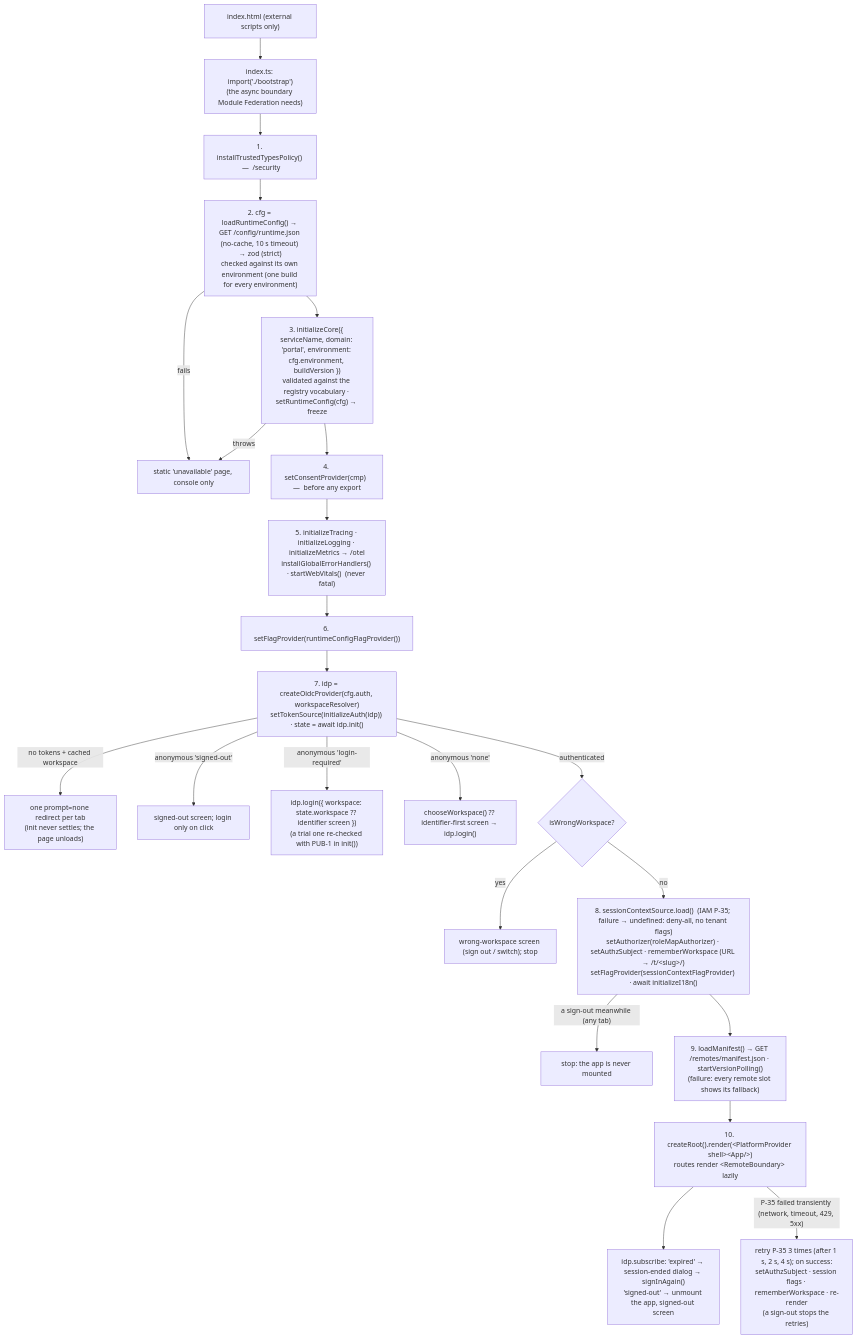
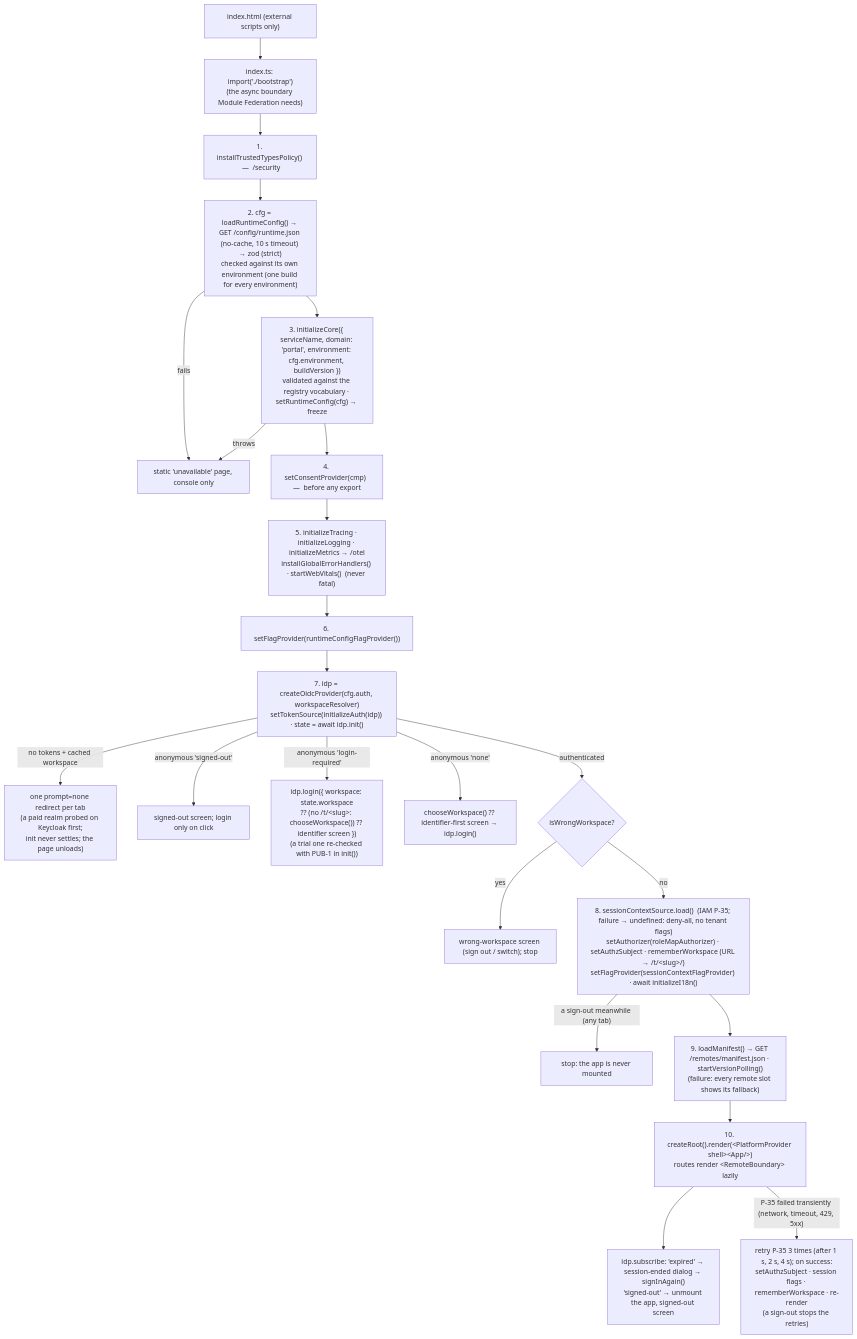
Before and after one commit to BCBP-SOLUTIONS-FZC-LLC/platform-reactcommon: the diagram in docs/architecture/mermaid/shell-bootstrap.mmd, drawn with Mermaid. The commit also changed 22 other files, not shown here.

First line of the commit message:
feat(auth): re-check a saved paid workspace whose realm is gone; signInAgain prompt (#67)

```diff
--- a/docs/architecture/mermaid/shell-bootstrap.mmd
+++ b/docs/architecture/mermaid/shell-bootstrap.mmd
@@ -1,23 +1,23 @@
 flowchart TD
     html["index.html (external scripts only)"] --> idx["index.ts: import('./bootstrap')<br/>(the async boundary Module Federation needs)"]
     idx --> tt["1. installTrustedTypesPolicy()  —  /security"]
     tt --> cfg["2. cfg = loadRuntimeConfig() → GET /config/runtime.json (no-cache, 10 s timeout) → zod (strict)<br/>checked against its own environment (one build for every environment)"]
     cfg -->|fails| fatal["static 'unavailable' page, console only"]
     cfg --> core["3. initializeCore({ serviceName, domain: 'portal', environment: cfg.environment, buildVersion })<br/>validated against the registry vocabulary · setRuntimeConfig(cfg) → freeze"]
     core -->|throws| fatal
     core --> consent["4. setConsentProvider(cmp)  —  before any export"]
     consent --> tel["5. initializeTracing · initializeLogging · initializeMetrics → /otel<br/>installGlobalErrorHandlers() · startWebVitals()  (never fatal)"]
     tel --> flags["6. setFlagProvider(runtimeConfigFlagProvider())"]
     flags --> auth["7. idp = createOidcProvider(cfg.auth, workspaceResolver)<br/>setTokenSource(initializeAuth(idp)) · state = await idp.init()"]
-    auth -->|"no tokens + cached workspace"| restore["one prompt=none redirect per tab<br/>(init never settles; the page unloads)"]
+    auth -->|"no tokens + cached workspace"| restore["one prompt=none redirect per tab<br/>(a paid realm probed on Keycloak first;<br/>init never settles; the page unloads)"]
     auth -->|"anonymous 'signed-out'"| signedout["signed-out screen; login only on click"]
-    auth -->|"anonymous 'login-required'"| login1["idp.login({ workspace: state.workspace ?? identifier screen })<br/>(a trial one re-checked with PUB-1 in init())"]
+    auth -->|"anonymous 'login-required'"| login1["idp.login({ workspace: state.workspace<br/>?? (no /t/&lt;slug&gt;: chooseWorkspace()) ?? identifier screen })<br/>(a trial one re-checked with PUB-1 in init())"]
     auth -->|"anonymous 'none'"| choose["chooseWorkspace() ?? identifier-first screen → idp.login()"]
     auth -->|"authenticated"| wrong{"isWrongWorkspace?"}
     wrong -->|yes| wrongscreen["wrong-workspace screen (sign out / switch); stop"]
     wrong -->|no| ctx["8. sessionContextSource.load()  (IAM P-35; failure → undefined: deny-all, no tenant flags)<br/>setAuthorizer(roleMapAuthorizer) · setAuthzSubject · rememberWorkspace (URL → /t/&lt;slug&gt;/)<br/>setFlagProvider(sessionContextFlagProvider) · await initializeI18n()"]
     ctx -->|"a sign-out meanwhile (any tab)"| stop["stop: the app is never mounted"]
     ctx --> manifest["9. loadManifest() → GET /remotes/manifest.json · startVersionPolling()<br/>(failure: every remote slot shows its fallback)"]
     manifest --> render["10. createRoot().render(&lt;PlatformProvider shell&gt;&lt;App/&gt;)<br/>routes render &lt;RemoteBoundary&gt; lazily"]
     render --> expired["idp.subscribe: 'expired' → session-ended dialog → signInAgain()<br/>'signed-out' → unmount the app, signed-out screen"]
     render -->|"P-35 failed transiently (network, timeout, 429, 5xx)"| ctxretry["retry P-35 3 times (after 1 s, 2 s, 4 s); on success:<br/>setAuthzSubject · session flags · rememberWorkspace · re-render<br/>(a sign-out stops the retries)"]
```
